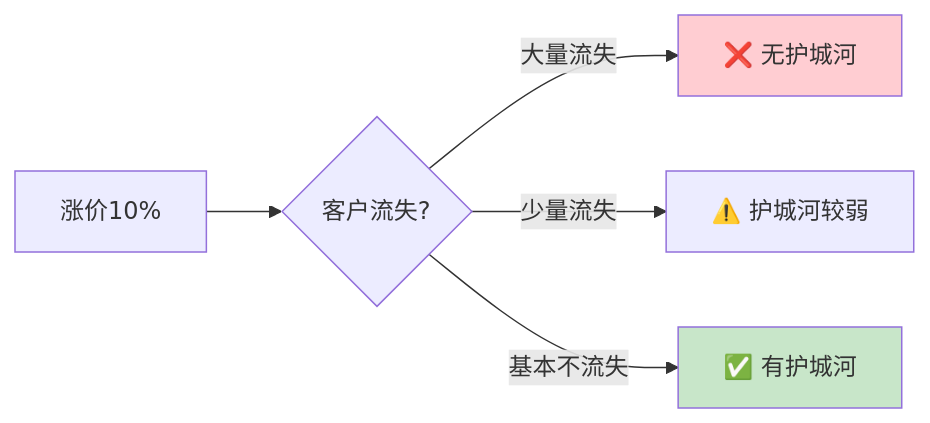
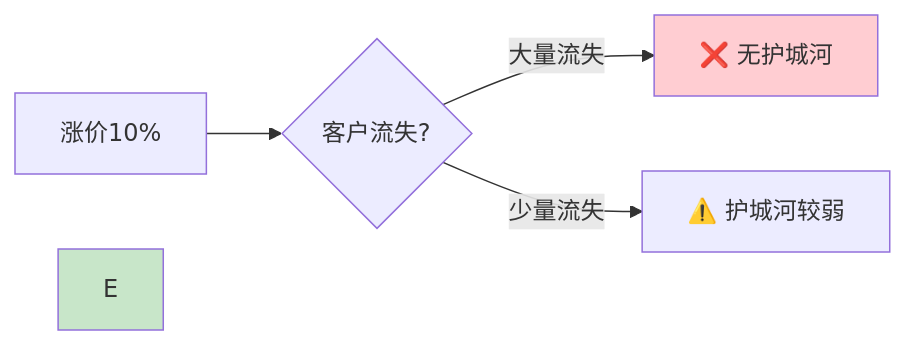
Before and after one commit to ql-wade/buffett-knowledge-base: the second of 6 diagrams in content/finance/巴菲特致股东信-章节拆解/深度拆解/1988-可口可乐投资.md, drawn with Mermaid. The commit also changed 77 other files, not shown here.

````diff
--- a/content/finance/巴菲特致股东信-章节拆解/深度拆解/1988-可口可乐投资.md
+++ b/content/finance/巴菲特致股东信-章节拆解/深度拆解/1988-可口可乐投资.md
@@ -109,10 +109,9 @@
 ```mermaid
 flowchart LR
     A[涨价10%] --> B{客户流失?}
     B -->|大量流失| C[❌ 无护城河]
     B -->|少量流失| D[⚠️ 护城河较弱]
-    B -->|基本不流失| E[✅ 有护城河]
 
     style C fill:#ffcdd2
     style E fill:#c8e6c9
 ```
````
